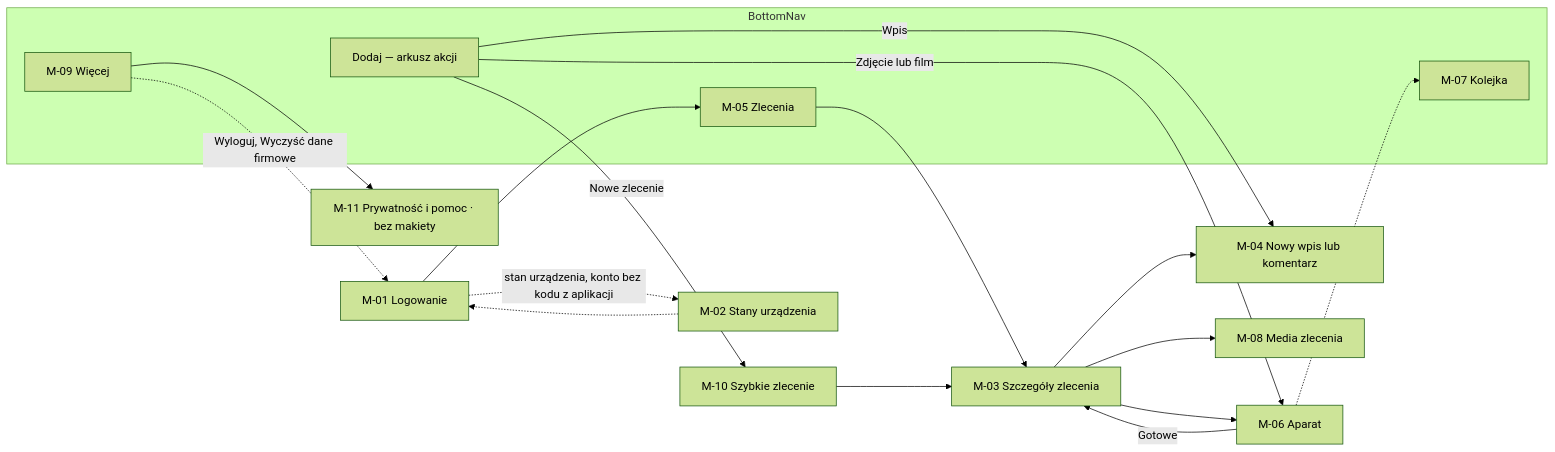
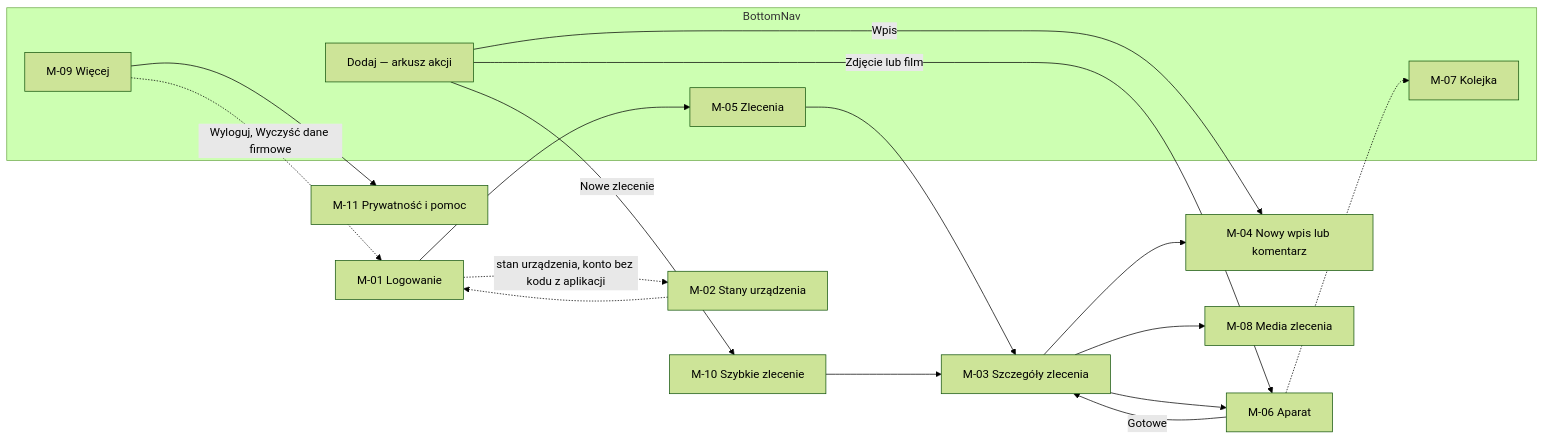
The second of 2 diagrams in docs/ux/flows/README.md (konradkluz/evia-manager), drawn with Mermaid (forest theme) before and after one commit. The commit also changed other lines of this file and 30 other files, not shown here.

````diff
--- a/docs/ux/flows/README.md
+++ b/docs/ux/flows/README.md
@@ -147,26 +147,26 @@
 ```mermaid
 flowchart LR
   M01["M-01 Logowanie"]
   M02["M-02 Stany urządzenia"]
   subgraph dolna["BottomNav"]
     M05["M-05 Zlecenia"]
     DODAJ["Dodaj — arkusz akcji"]
     M07["M-07 Kolejka"]
     M09["M-09 Więcej"]
   end
   M01 --> M05
   M01 -.->|"stan urządzenia, konto bez kodu z aplikacji"| M02
   M02 -.-> M01
   M05 --> M03["M-03 Szczegóły zlecenia"]
   M03 --> M06["M-06 Aparat"]
   M03 --> M04["M-04 Nowy wpis lub komentarz"]
   M03 --> M08["M-08 Media zlecenia"]
   DODAJ -->|"Zdjęcie lub film"| M06
   DODAJ -->|"Wpis"| M04
   DODAJ -->|"Nowe zlecenie"| M10["M-10 Szybkie zlecenie"]
   M10 --> M03
   M06 -->|"Gotowe"| M03
   M06 -.-> M07
-  M09 --> M11["M-11 Prywatność i pomoc · bez makiety"]
+  M09 --> M11["M-11 Prywatność i pomoc"]
   M09 -.->|"Wyloguj, Wyczyść dane firmowe"| M01
 ```
````
